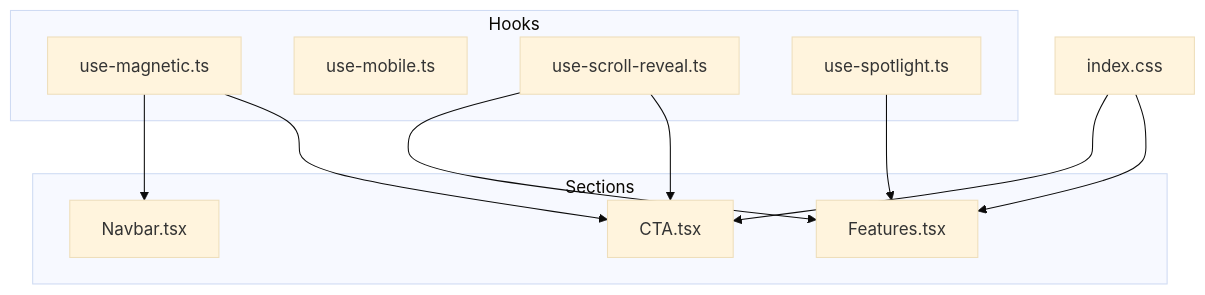
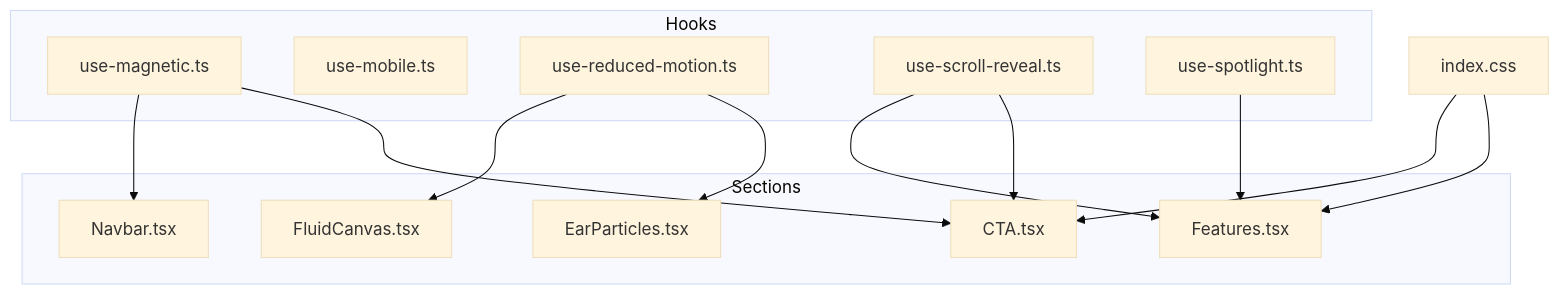
The first of 8 diagrams in .qoder/repowiki/zh/content/自定义Hooks/自定义Hooks.md (Primoguo/naolizhi.cn), drawn with Mermaid (base theme) before and after one commit. The commit also changed other lines of this file and 73 other files, not shown here.

````diff
--- a/.qoder/repowiki/zh/content/自定义Hooks/自定义Hooks.md
+++ b/.qoder/repowiki/zh/content/自定义Hooks/自定义Hooks.md
@@ -39,22 +51,27 @@
 ```mermaid
 graph TB
 subgraph "Hooks"
 A["use-magnetic.ts"]
 B["use-mobile.ts"]
-C["use-scroll-reveal.ts"]
-D["use-spotlight.ts"]
+C["use-reduced-motion.ts"]
+D["use-scroll-reveal.ts"]
+E["use-spotlight.ts"]
 end
 subgraph "Sections"
-E["CTA.tsx"]
-F["Features.tsx"]
-G["Navbar.tsx"]
+F["EarParticles.tsx"]
+G["FluidCanvas.tsx"]
+H["CTA.tsx"]
+I["Features.tsx"]
+J["Navbar.tsx"]
 end
-H["index.css"]
-A --> E
-A --> G
-C --> E
+K["index.css"]
+A --> H
+A --> J
 C --> F
-D --> F
-H --> F
-H --> E
+C --> G
+D --> H
+D --> I
+E --> I
+K --> I
+K --> H
 ```
````
